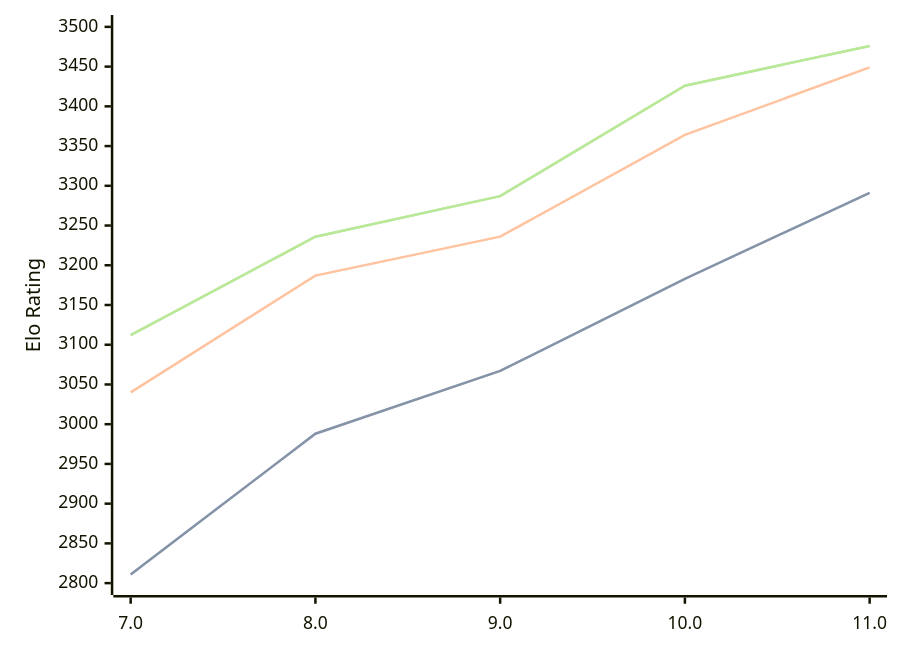
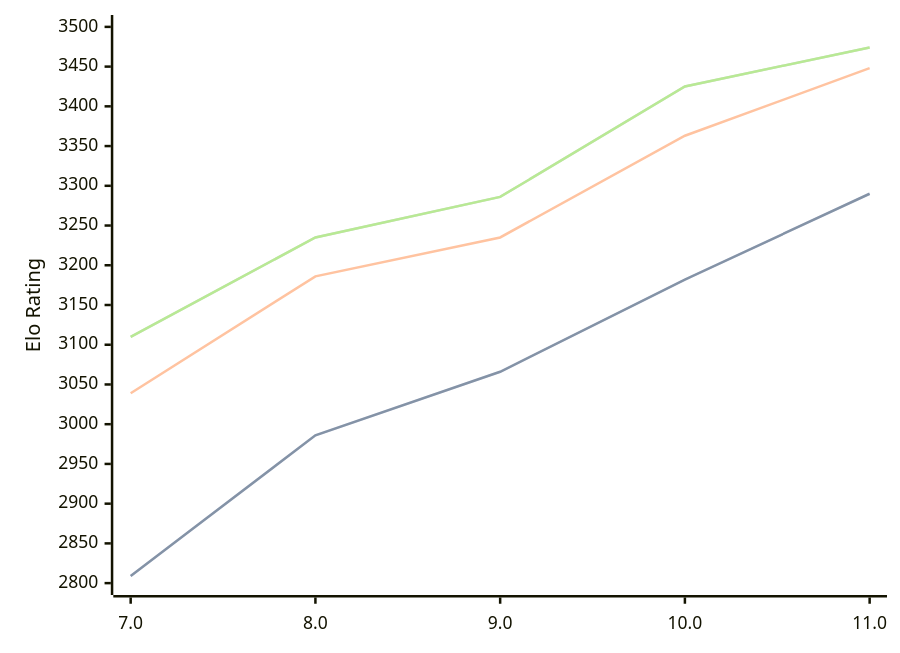
The diagram in engines/Tcheran.md (computer-chess-index/cci), drawn with Mermaid before and after one commit. The commit also changed other lines of this file, not shown here.

Commit message:
Update CCI Ratings (ELO VLTC) - 2026-03-08

````diff
--- a/engines/Tcheran.md
+++ b/engines/Tcheran.md
@@ -47,11 +47,11 @@
 ```mermaid
 %%{init: {"theme":"base","themeVariables":{"seriesColors:['#a3a3a3','#222221','#faa371']}}}%%
 xychart-beta
   x-axis ["7.0", "8.0", "9.0", "10.0", "11.0"]
   y-axis "Elo Rating" 2800 --> 3500
-  line "STC (8.0+0.08s)" [2811, 2988, 3067, 3183, 3291]
-  line "STC (8.0+0.08s)" [2811, 2988, 3067, 3183, 3291]
-  line "LTC (60.0+0.60s)" [3040, 3187, 3236, 3364, 3449]
-  line "VLTC (2m24s+1.12s)" [3112, 3236, 3287, 3426, 3476]
-  line "VLTC (2m24s+1.12s)" [3112, 3236, 3287, 3426, 3476]
+  line "STC (8.0+0.08s)" [2809, 2986, 3066, 3182, 3290]
+  line "STC (8.0+0.08s)" [2809, 2986, 3066, 3182, 3290]
+  line "LTC (60.0+0.60s)" [3039, 3186, 3235, 3363, 3448]
+  line "VLTC (2m24s+1.12s)" [3110, 3235, 3286, 3425, 3474]
+  line "VLTC (2m24s+1.12s)" [3110, 3235, 3286, 3425, 3474]
 ```
````
